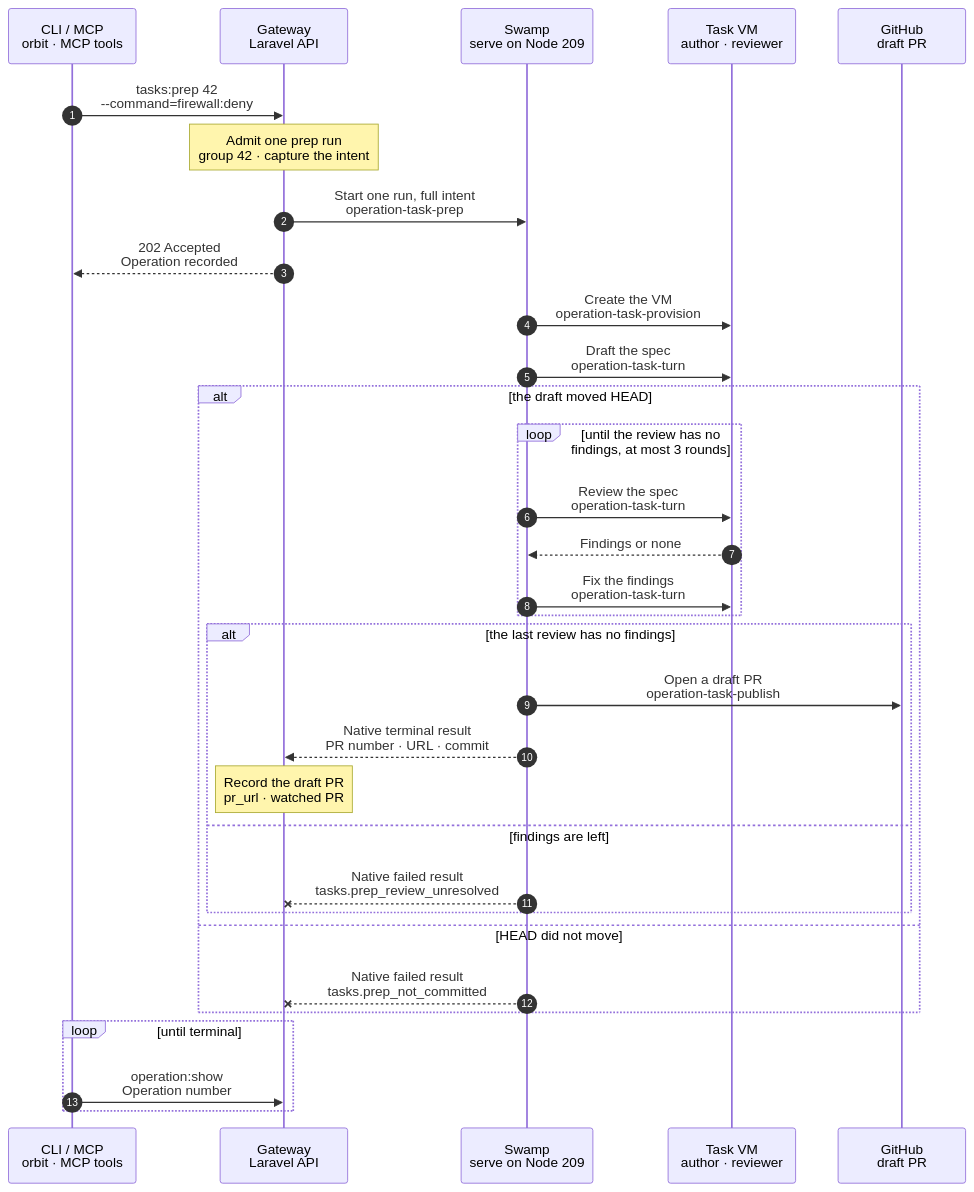
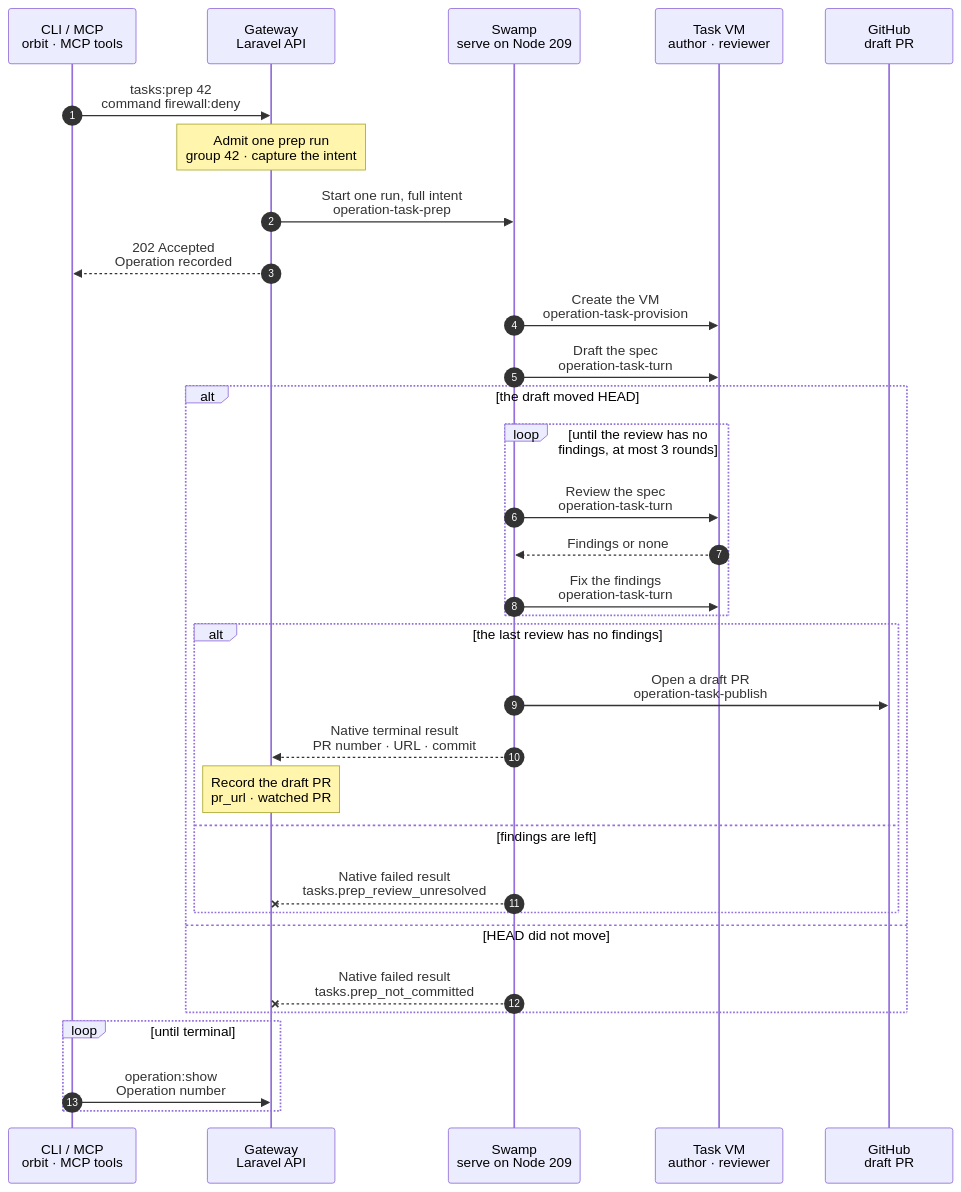
Before and after one commit to hardimpactdev/orbit: the diagram in docs/cli/tasks/prep.mmd, drawn with Mermaid. The commit also changed 20 other files, not shown here.

First line of the commit message:
feat(gateway): admit tasks:prep, the prep run of one command

```diff
--- a/docs/cli/tasks/prep.mmd
+++ b/docs/cli/tasks/prep.mmd
@@ -1,82 +1,81 @@
 sequenceDiagram
   %% Target design: docs/reference/tasks.md#prepare-a-command, the Gateway side of stage 1 of the command development pipeline (docs/reference/pipeline/1-prep.mmd). The pattern of proof:run: one admission, one parent Swamp run, existing workflows as children.
   %% status: draft
   %% command: tasks:prep
   %% kind: tasks.prep
   autonumber
   %% lane CLI icon=terminal pill=caller tone=gray
   %% lane GW icon=gateway pill=intent tone=blue
   %% lane SW icon=workflow pill=executes tone=green
   %% lane VM icon=terminal pill=target tone=amber
   %% lane GH icon=server pill=target tone=purple
   participant CLI as CLI / MCP<br/>orbit · MCP tools
   participant GW as Gateway<br/>Laravel API
   participant SW as Swamp<br/>serve on Node 209
   participant VM as Task VM<br/>author · reviewer
   participant GH as GitHub<br/>draft PR
-  CLI->>GW: tasks:prep 42<br/>--command=firewall:deny
+  CLI->>GW: tasks:prep 42<br/>command firewall:deny
   %%> Command:
-  %%> - `orbit tasks:prep 42 --command=firewall:deny`
-  %%> - syntax: `[group] --command=FAMILY:COMMAND [--idempotency-key=KEY] [--json]`
+  %%> - the MCP tool `tasks-prep`, or `POST /api/v1/task-groups/42/prep` with `{"command": "firewall:deny"}` and an `Idempotency-Key`
   Note over GW: Admit one prep run<br/>group 42 · capture the intent
   %%> Requirements:
   %%> - your Node has an access grant to the Gateway
   %%> - group 42 is an open external `todo` group with no VM, of a Project that the GitHub App reads
   %%> - the command is `family:command` in lower case
   %%> What it does:
   %%> - captures, in one transaction, the provision intent, the author and reviewer threads, the prompts, the pull request title and body, and the repository, base and branch `task-42`
   %%> - mints the GitHub installation token for the pull request and pushes it to the vault under key names
   %%> Result:
   %%> - Operation recorded with the full intent
   GW->>SW: Start one run, full intent<br/>operation-task-prep
   %%> Inputs:
   %%> - the whole intent above, and the vault key names of the model, Pi and GitHub credentials, never their values
   %%> - no step of the run calls the Gateway
   GW-->>CLI: 202 Accepted<br/>Operation recorded
   %%> Next:
   %%> - the CLI follows the Operation with `operation:show`
   SW->>VM: Create the VM<br/>operation-task-provision
   %%> What it does:
   %%> - runs the provision workflow as a child, with its intent from the parent's inputs
   %%> - the VM, the workspace and the checkout of the default branch
   %%> - the host key of the new VM is unknown at admission; a step pins it into the SSH targets of the later children
   SW->>VM: Draft the spec<br/>operation-task-turn
   %%> What it does:
   %%> - the author agent drafts the chart, the page and the cases, checks them, and commits the three files as one commit
   %%> - the turn reports the commit and tree it left
   alt the draft moved HEAD
     loop until the review has no findings, at most 3 rounds
       SW->>VM: Review the spec<br/>operation-task-turn
       %%> What it does:
       %%> - a new reviewer thread restores the commit under review and reads the spec
       %%> - its receipt is `approved` or `changes_requested` with the findings
       VM-->>SW: Findings or none
       SW->>VM: Fix the findings<br/>operation-task-turn
       %%> When:
       %%> - only when the review has findings
       %%> Result:
       %%> - the author thread fixes them and commits again
     end
     alt the last review has no findings
       SW->>GH: Open a draft PR<br/>operation-task-publish
       %%> What it does:
       %%> - pushes the commit to `task-42` without force and opens the PR as the Orbit App, as a draft
       SW-->>GW: Native terminal result<br/>PR number · URL · commit
       Note over GW: Record the draft PR<br/>pr_url · watched PR
       %%> Result:
       %%> - the group keeps its VM; the pull request fields of the group are set for stage 4
     else findings are left
       SW--xGW: Native failed result<br/>tasks.prep_review_unresolved
       %%> Result:
       %%> - nothing is published; the VM stays for the orchestrator
     end
   else HEAD did not move
     SW--xGW: Native failed result<br/>tasks.prep_not_committed
     %%> Result:
     %%> - no review runs; the VM stays for the orchestrator
   end
   loop until terminal
     CLI->>GW: operation:show<br/>Operation number
     %%> Returns:
     %%> - the Operation status, and the pull request when the run succeeded
   end
```
